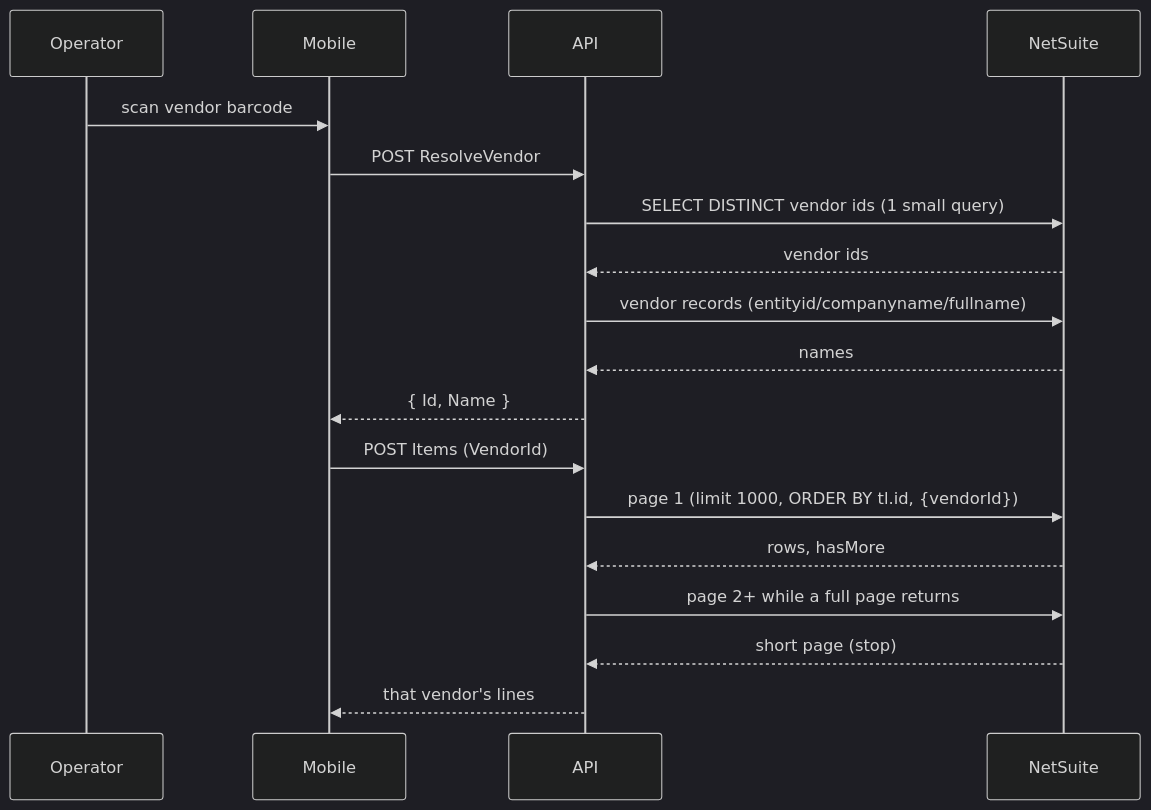
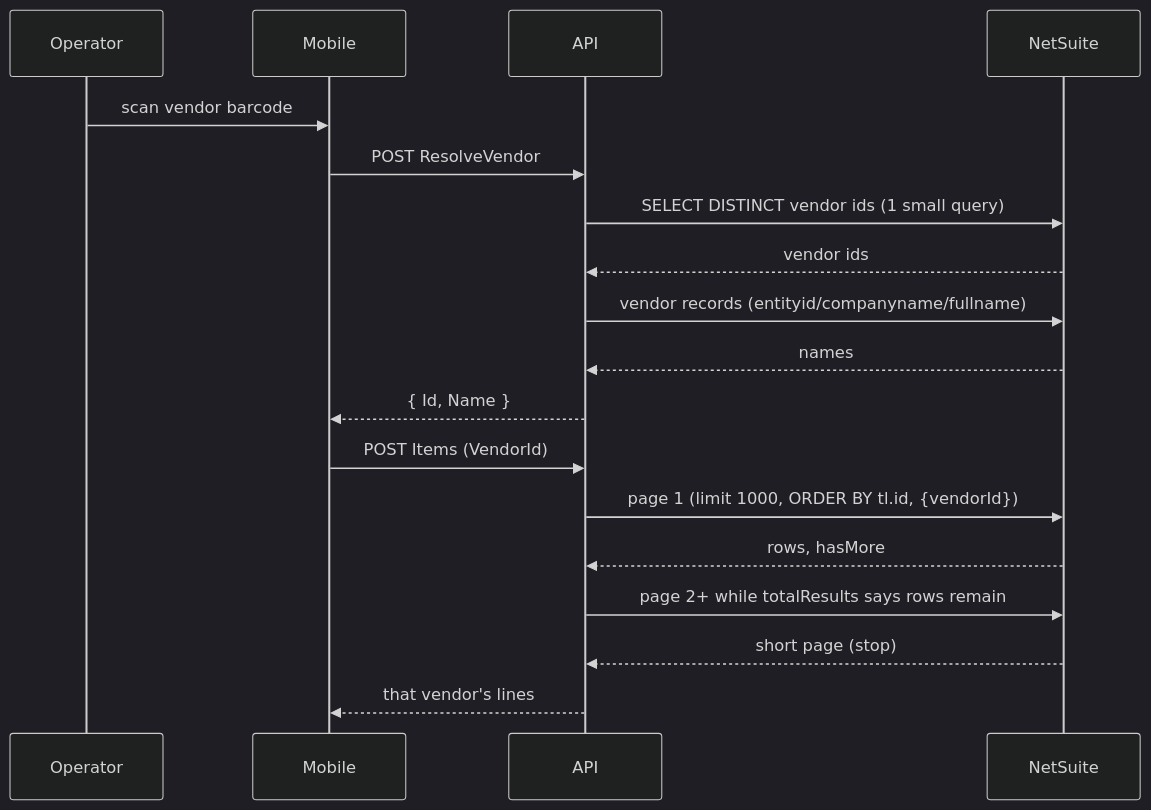
The diagram in .opencode/specs/2026-10-22-str-packing-line-read-hardening/design.md (Direc-Business-Technologies-Inc/WMS-TALAVERA), drawn with Mermaid (dark theme) before and after one commit. The commit also changed other lines of this file and 20 other files, not shown here.

````diff
--- a/.opencode/specs/2026-10-22-str-packing-line-read-hardening/design.md
+++ b/.opencode/specs/2026-10-22-str-packing-line-read-hardening/design.md
@@ -55,20 +56,20 @@
 ```mermaid
 sequenceDiagram
     participant Op as Operator
     participant M as Mobile
     participant A as API
     participant NS as NetSuite
     Op->>M: scan vendor barcode
     M->>A: POST ResolveVendor
     A->>NS: SELECT DISTINCT vendor ids (1 small query)
     NS-->>A: vendor ids
     A->>NS: vendor records (entityid/companyname/fullname)
     NS-->>A: names
     A-->>M: { Id, Name }
     M->>A: POST Items (VendorId)
     A->>NS: page 1 (limit 1000, ORDER BY tl.id, {vendorId})
     NS-->>A: rows, hasMore
-    A->>NS: page 2+ while a full page returns
+    A->>NS: page 2+ while totalResults says rows remain
     NS-->>A: short page (stop)
     A-->>M: that vendor's lines
 ```
````
